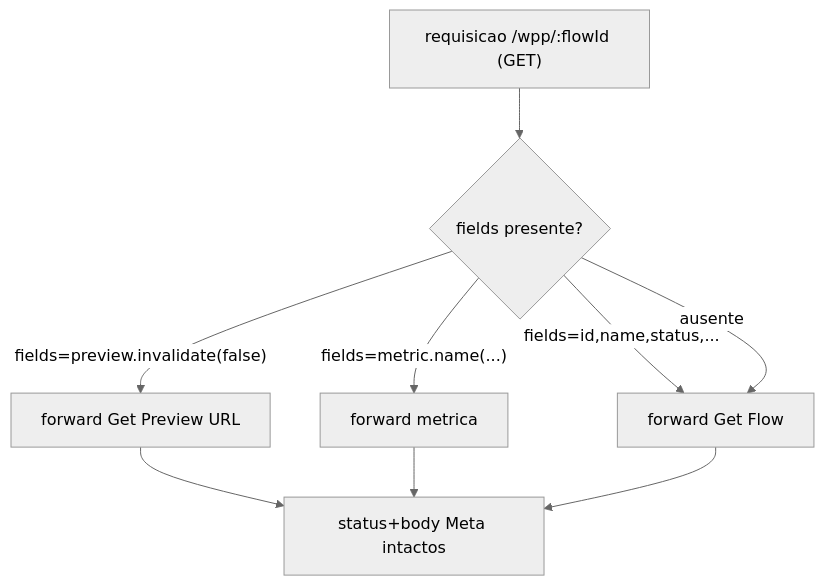
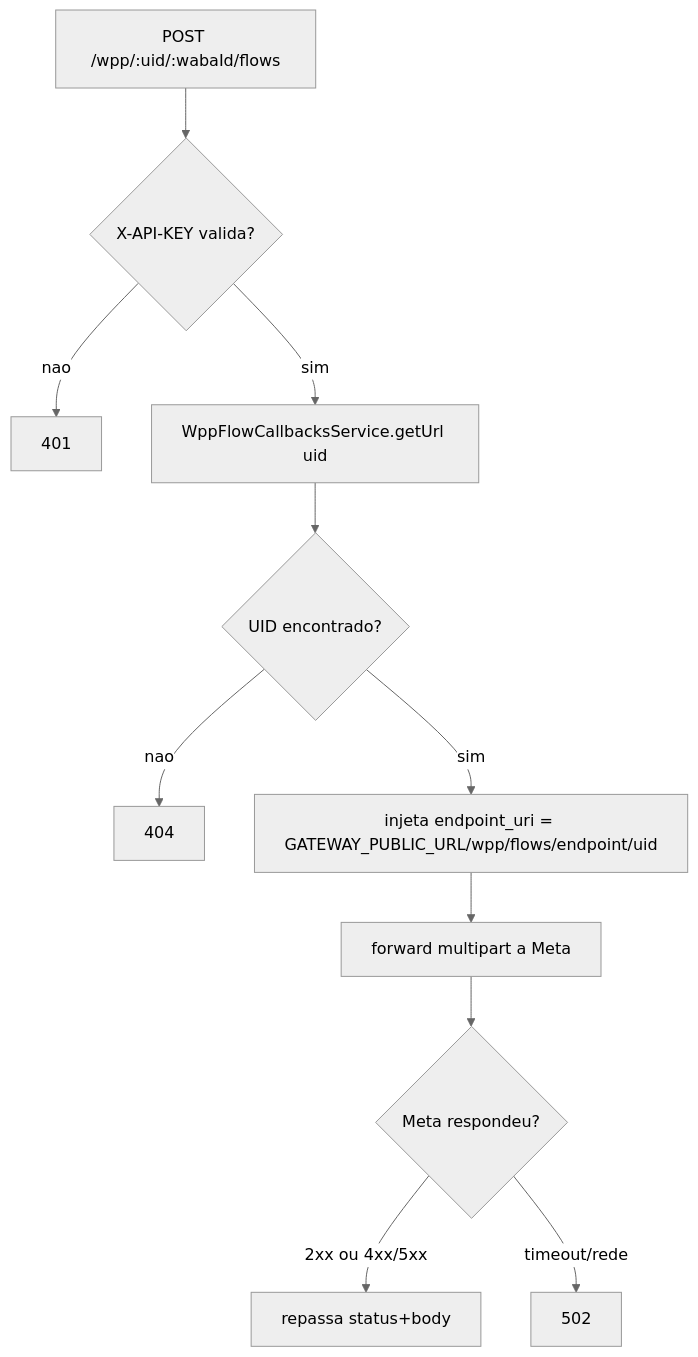
The seventh of 8 diagrams in docs/specs/2026-06-03-wpp-flows.md (adaptwebtech/whiz-gateway), drawn with Mermaid (neutral theme) before and after one commit. The commit also changed other lines of this file and 21 other files, not shown here.

````diff
--- a/docs/specs/2026-06-03-wpp-flows.md
+++ b/docs/specs/2026-06-03-wpp-flows.md
@@ -282,11 +394,13 @@
 ```mermaid
 flowchart TD
-    A["requisicao /wpp/:flowId (GET)"] --> B{fields presente?}
-    B -- "fields=preview.invalidate(false)" --> P[forward Get Preview URL]
-    B -- "fields=metric.name(...)" --> MET[forward metrica]
-    B -- "fields=id,name,status,..." --> GF[forward Get Flow]
-    B -- ausente --> GF
-    P --> Z[status+body Meta intactos]
-    MET --> Z
-    GF --> Z
+    A["POST /wpp/:uid/:wabaId/flows"] --> B{X-API-KEY valida?}
+    B -- nao --> X[401]
+    B -- sim --> C[WppFlowCallbacksService.getUrl uid]
+    C --> D{UID encontrado?}
+    D -- nao --> Y[404]
+    D -- sim --> E[injeta endpoint_uri = GATEWAY_PUBLIC_URL/wpp/flows/endpoint/uid]
+    E --> F[forward multipart a Meta]
+    F --> G{Meta respondeu?}
+    G -- "2xx ou 4xx/5xx" --> H[repassa status+body]
+    G -- timeout/rede --> I[502]
 ```
````
